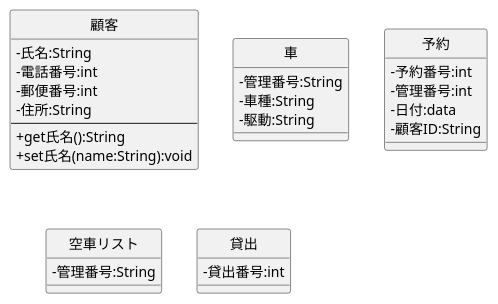
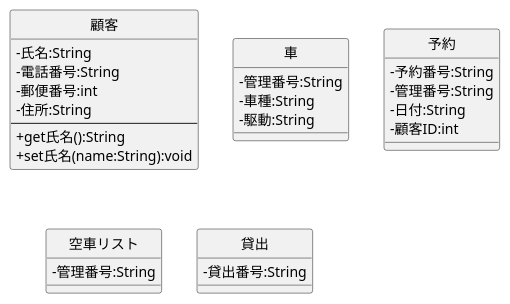
The diagram in 演習3-1.pu (tsrnaoya/UML_intro_2), drawn with PlantUML before and after one commit.

Commit message:
kousinsimasita

```diff
--- a/演習3-1.pu
+++ b/演習3-1.pu
@@ -1,35 +1,35 @@
 @startuml 車両貸し出しシステム
 skinparam ClassAttributeIconSize 0
 class 顧客{
     - 氏名:String
-    - 電話番号:int
+    - 電話番号:String
     - 郵便番号:int
     - 住所:String
     ---
     + get氏名():String
     + set氏名(name:String):void
 }
 class 車{
     - 管理番号:String
     - 車種:String
     - 駆動:String
 
 }
 class 予約{
-    - 予約番号:int
-    - 管理番号:int
-    - 日付:data
-    - 顧客ID:String
+    - 予約番号:String
+    - 管理番号:String
+    - 日付:String
+    - 顧客ID:int
 }
 class 空車リスト{
     - 管理番号:String
 }
 class 貸出{
-    - 貸出番号:int
+    - 貸出番号:String
 }
 hide 顧客 circle
 hide 車 circle
 hide 予約 circle
 hide 空車リスト circle
 hide 貸出 circle
 @enduml
```
